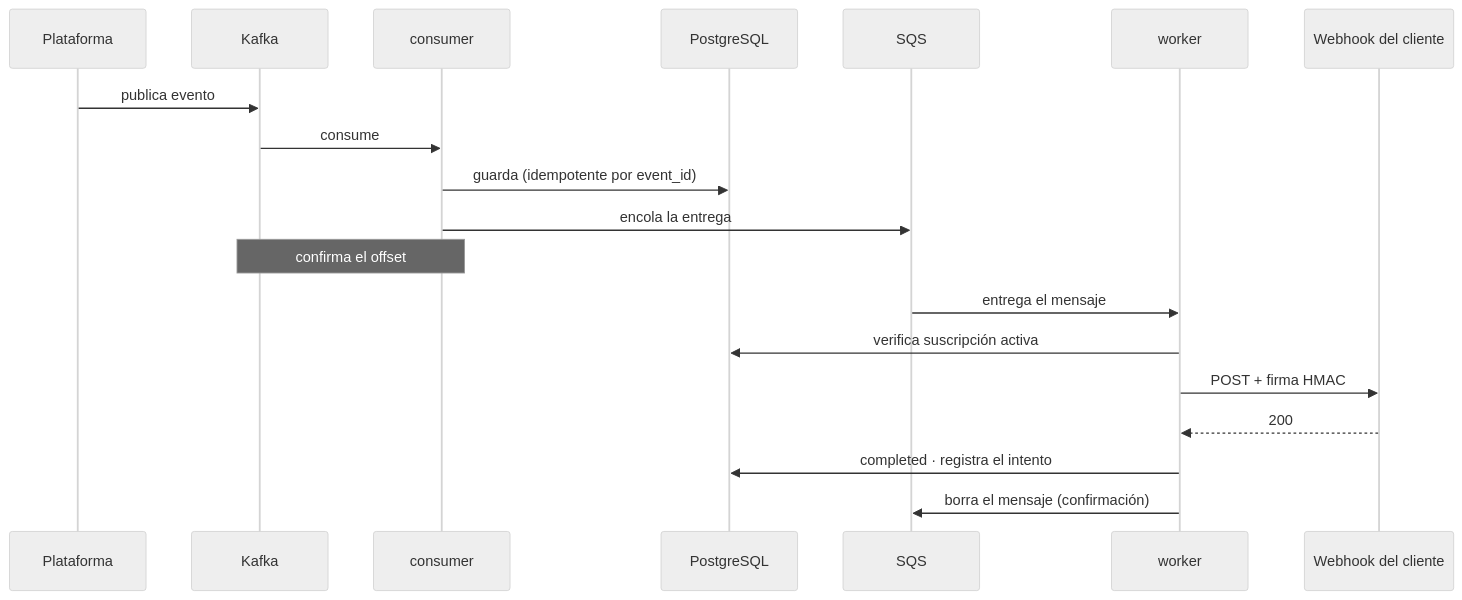
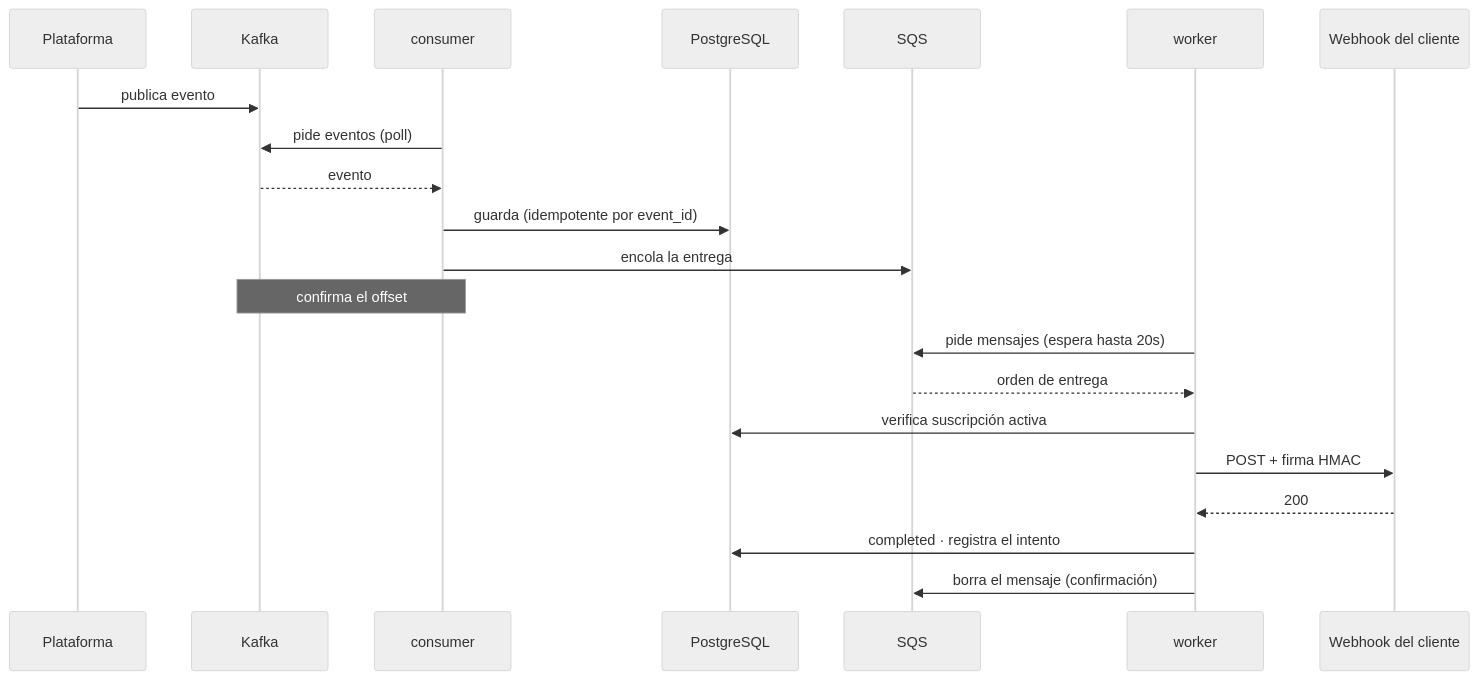
One commit to ssalaza7/cobre-notification-delivery changed the second of 5 diagrams in README.md. Above: the diagram before and after it, drawn with Mermaid (neutral theme). The commit also changed other lines of this file and 5 other files, not shown here.

````diff
--- a/README.md
+++ b/README.md
@@ -154,22 +154,24 @@
 ```mermaid
 sequenceDiagram
     participant P as Plataforma
     participant K as Kafka
     participant CON as consumer
     participant DB as PostgreSQL
     participant Q as SQS
     participant W as worker
     participant C as Webhook del cliente
 
     P->>K: publica evento
-    K->>CON: consume
+    CON->>K: pide eventos (poll)
+    K-->>CON: evento
     CON->>DB: guarda (idempotente por event_id)
     CON->>Q: encola la entrega
     Note over CON,K: confirma el offset
-    Q->>W: entrega el mensaje
+    W->>Q: pide mensajes (espera hasta 20s)
+    Q-->>W: orden de entrega
     W->>DB: verifica suscripción activa
     W->>C: POST + firma HMAC
     C-->>W: 200
     W->>DB: completed · registra el intento
     W->>Q: borra el mensaje (confirmación)
 ```
````
